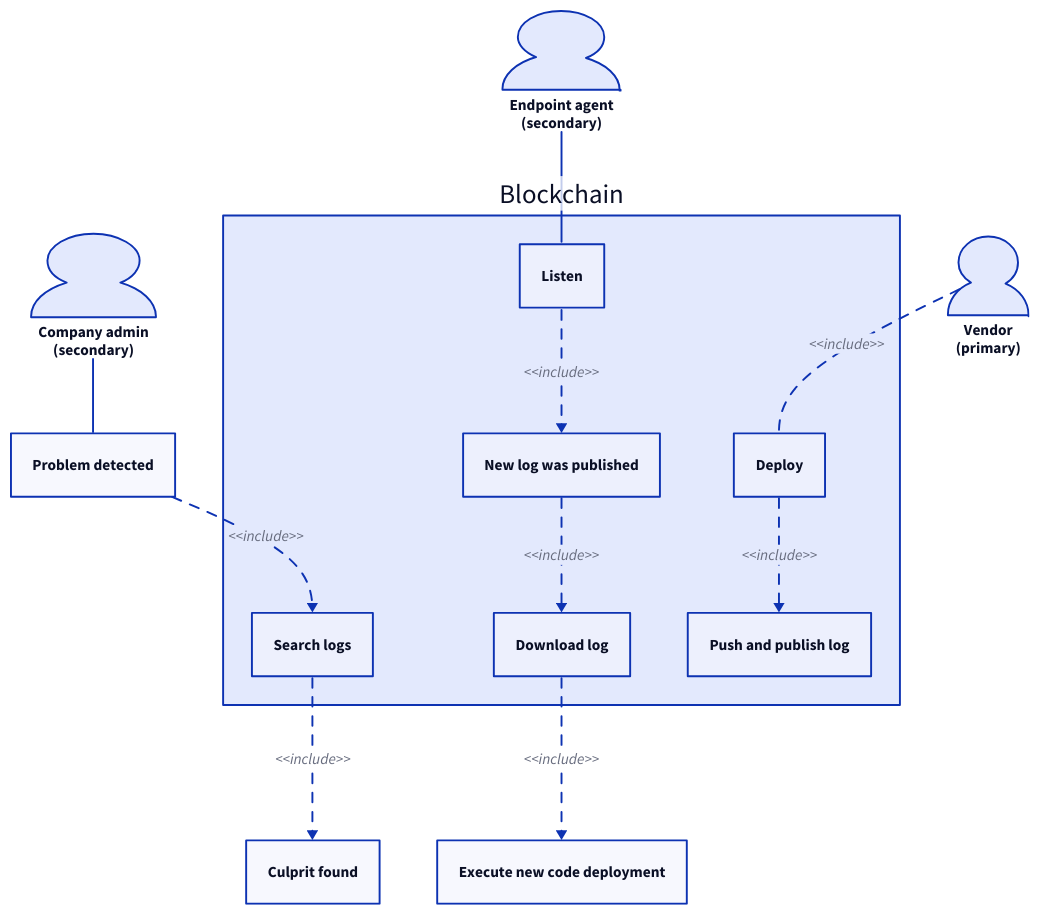
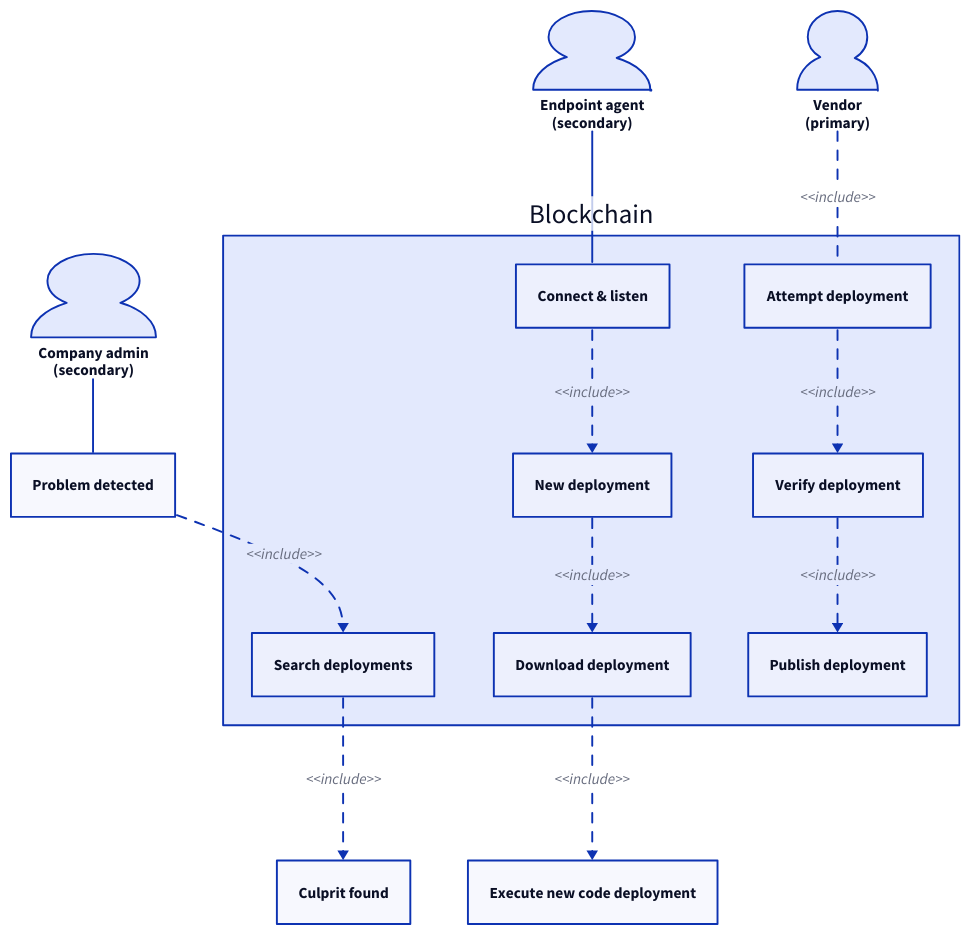
Before and after one commit to EGN-Project/lisp-endpoint-agent: the diagram in meta/use_case.d2, drawn with D2.

Commit message:
Now called `Deployment`, not `Log`

```diff
--- a/meta/use_case.d2
+++ b/meta/use_case.d2
@@ -1,47 +1,48 @@
 # Actors.
 vendor: "Vendor\n(primary)" {shape: person}
 admin: "Company admin\n(secondary)" {shape: person}
 agent: "Endpoint agent\n(secondary)" {shape: person}
 
 # External events.
 problem_detected: "Problem detected"
 culprit_found: "Culprit found"
 execute: "Execute new code deployment"
 
 # Blockchain & blockchain events.
 blockchain: "Blockchain" {
-  search_logs: "Search logs"
-  listen: "Listen"
-  new_log_published: "New log was published"
-  download_log: "Download log"
-  deploy: "Deploy"
-  publish_log: "Push and publish log"
+  search_deployments: "Search deployments"
+  listen: "Connect & listen"
+  new_deployment: "New deployment"
+  download_deployment: "Download deployment"
+  deploy: "Attempt deployment"
+  verify_deployment: "Verify deployment"
+  publish_deployment: "Publish deployment"
 }
 
 # Connections.
 admin -- problem_detected
 agent -- blockchain.listen
 
-problem_detected -> blockchain.search_logs: "<<include>>" {
+problem_detected -> blockchain.search_deployments: "<<include>>" {
   style: {
     stroke-dash: 5
   }
 }
 
-blockchain.search_logs -> culprit_found: "<<include>>" {
+blockchain.search_deployments -> culprit_found: "<<include>>" {
   style: {
     stroke-dash: 5
   }
 }
 
-blockchain.listen -> blockchain.new_log_published -> blockchain.download_log -> execute: "<<include>>" {
+blockchain.listen -> blockchain.new_deployment -> blockchain.download_deployment -> execute: "<<include>>" {
   style: {
     stroke-dash: 5
   }
 }
 
-vendor -- blockchain.deploy -> blockchain.publish_log: "<<include>>" {
+vendor -- blockchain.deploy -> blockchain.verify_deployment -> blockchain.publish_deployment: "<<include>>" {
   style: {
     stroke-dash: 5
   }
 }
```
